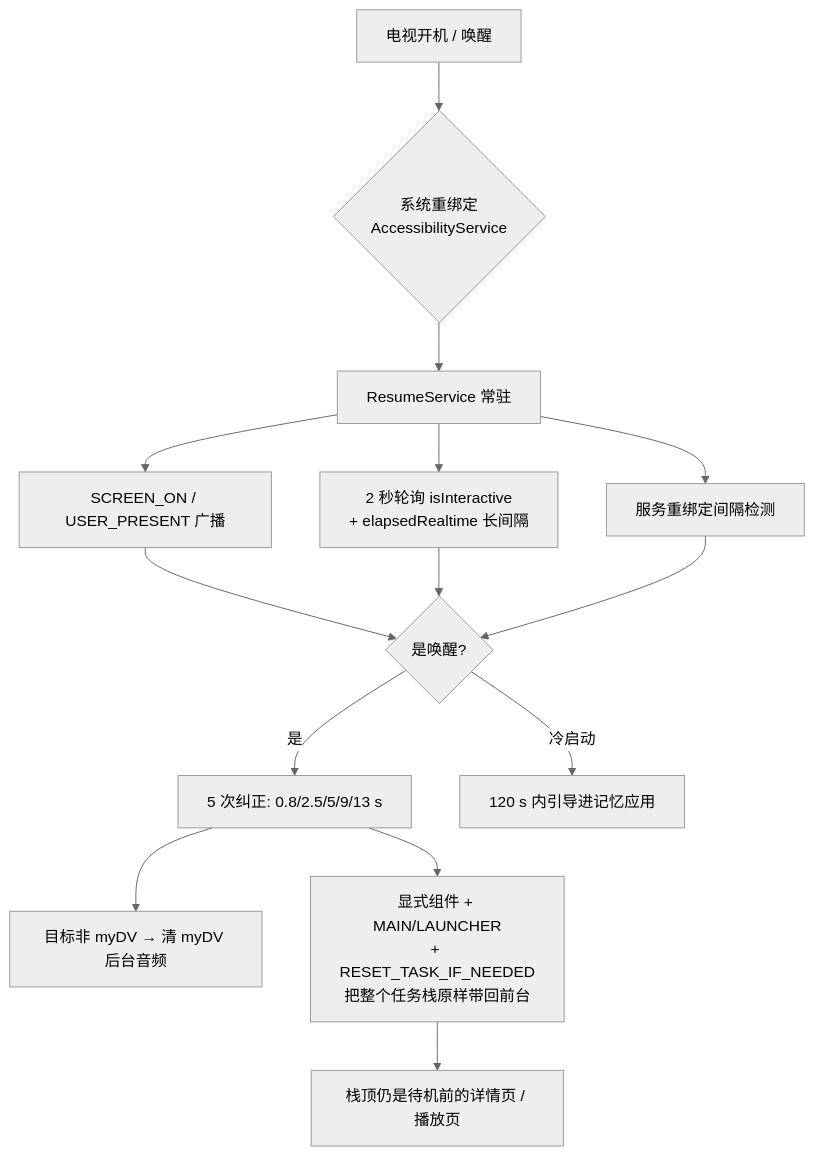
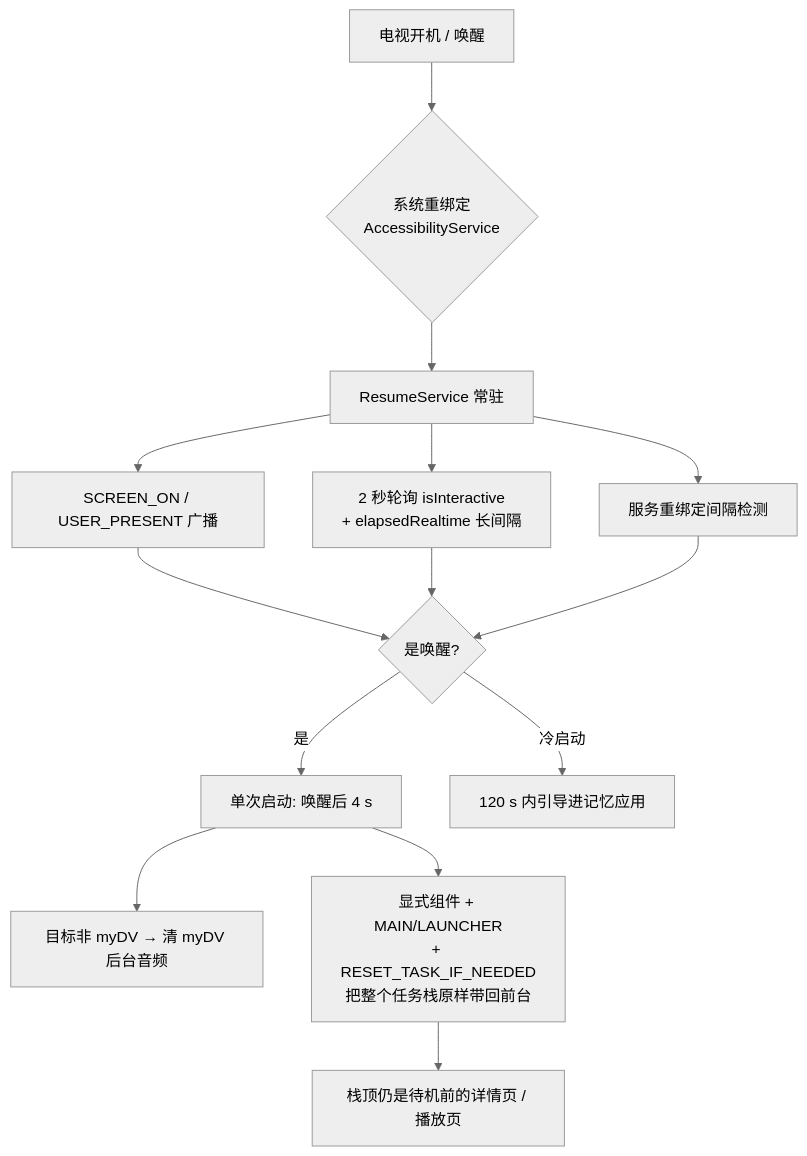
Before and after one commit to Wflysea/TCL: the diagram in docs/architecture.md, drawn with Mermaid (neutral theme). The commit also changed other lines of this file and 16 other files, not shown here.

````diff
--- a/docs/architecture.md
+++ b/docs/architecture.md
@@ -8,14 +8,14 @@
 ```mermaid
 flowchart TD
     A[电视开机 / 唤醒] --> B{系统重绑定<br/>AccessibilityService}
     B --> C[ResumeService 常驻]
     C --> D[SCREEN_ON / USER_PRESENT 广播]
     C --> E[2 秒轮询 isInteractive<br/>+ elapsedRealtime 长间隔]
     C --> F[服务重绑定间隔检测]
     D & E & F --> G{是唤醒?}
-    G -->|是| H[5 次纠正: 0.8/2.5/5/9/13 s]
+    G -->|是| H[单次启动: 唤醒后 4 s]
     G -->|冷启动| I[120 s 内引导进记忆应用]
     H --> J[目标非 myDV → 清 myDV 后台音频]
     H --> K[显式组件 + MAIN/LAUNCHER<br/>+ RESET_TASK_IF_NEEDED<br/>把整个任务栈原样带回前台]
     K --> L[栈顶仍是待机前的详情页 / 播放页]
 ```
````
